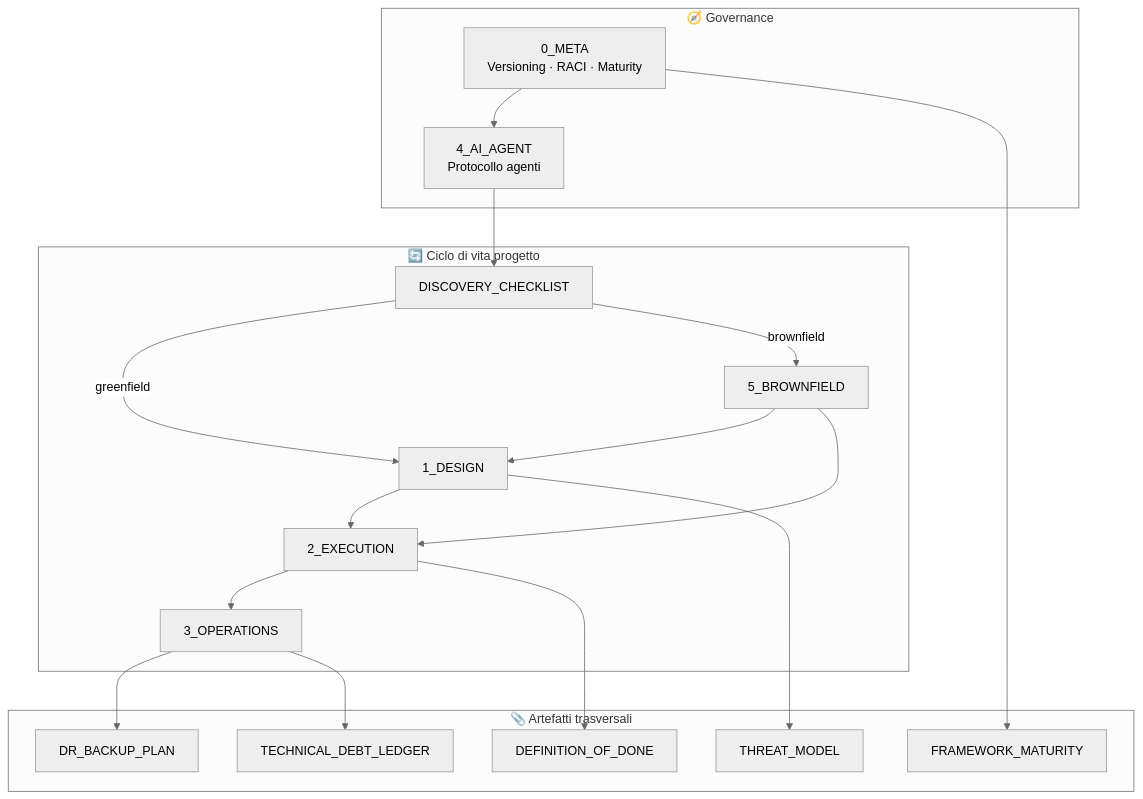
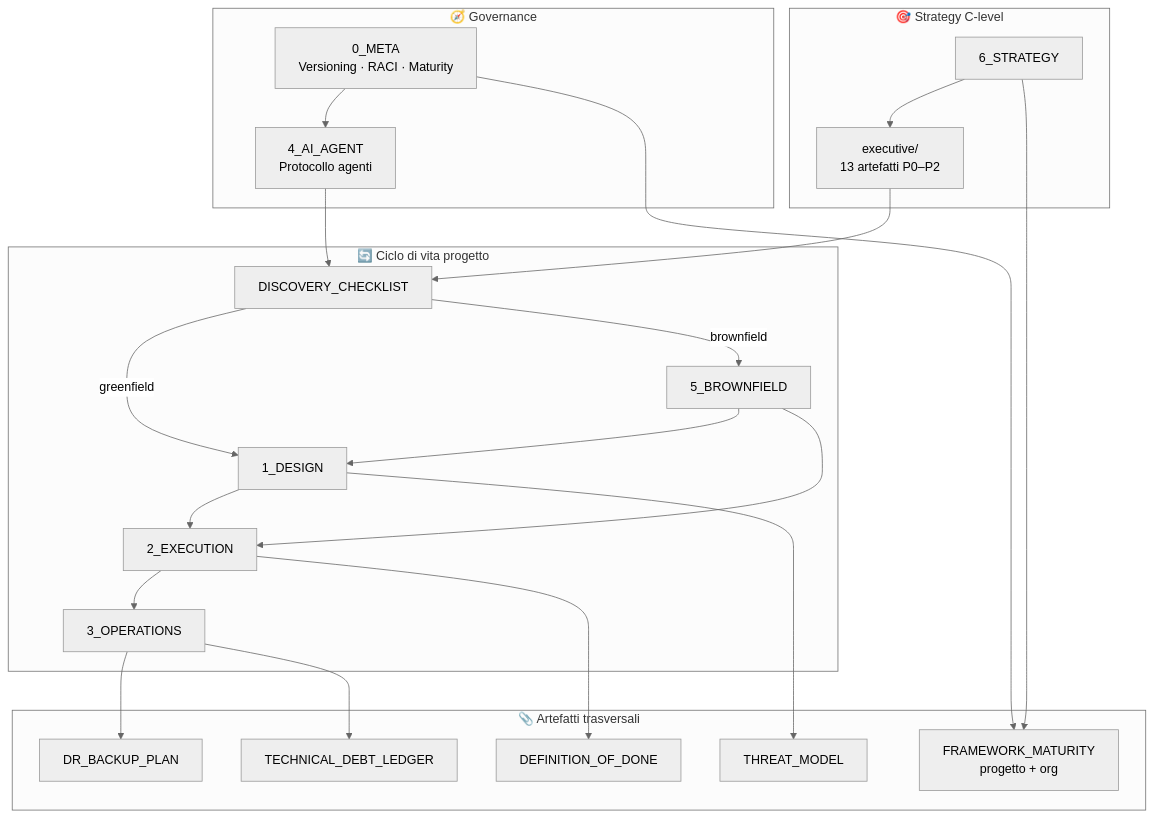
One commit to andreafinazziinfo/operational-engineering-framework changed the first of 4 diagrams in README.md. Above: the diagram before and after it, drawn with Mermaid (neutral theme). The commit also changed other lines of this file and 8 other files, not shown here.

````diff
--- a/README.md
+++ b/README.md
@@ -66,37 +71,45 @@
 ```mermaid
 flowchart TB
+    subgraph executive ["🎯 Strategy C-level"]
+        STRAT["6_STRATEGY"]
+        EX["executive/<br/>13 artefatti P0–P2"]
+    end
+
     subgraph governance ["🧭 Governance"]
         META["0_META<br/>Versioning · RACI · Maturity"]
         AI["4_AI_AGENT<br/>Protocollo agenti"]
     end
 
     subgraph lifecycle ["🔄 Ciclo di vita progetto"]
         DISC["DISCOVERY_CHECKLIST"]
         DESIGN["1_DESIGN"]
         EXEC["2_EXECUTION"]
         OPS["3_OPERATIONS"]
         BF["5_BROWNFIELD"]
     end
 
     subgraph cross ["📎 Artefatti trasversali"]
         DOD["DEFINITION_OF_DONE"]
         DR["DR_BACKUP_PLAN"]
         TM["THREAT_MODEL"]
         LEDGER["TECHNICAL_DEBT_LEDGER"]
-        MAT["FRAMEWORK_MATURITY"]
+        MAT["FRAMEWORK_MATURITY<br/>progetto + org"]
     end
 
+    STRAT --> EX
+    EX --> DISC
     META --> AI
     AI --> DISC
     DISC -->|greenfield| DESIGN
     DISC -->|brownfield| BF
     DESIGN --> EXEC --> OPS
     BF --> DESIGN
     BF --> EXEC
 
     EXEC --> DOD
     OPS --> DR
     DESIGN --> TM
     OPS --> LEDGER
     META --> MAT
+    STRAT --> MAT
 ```
````
